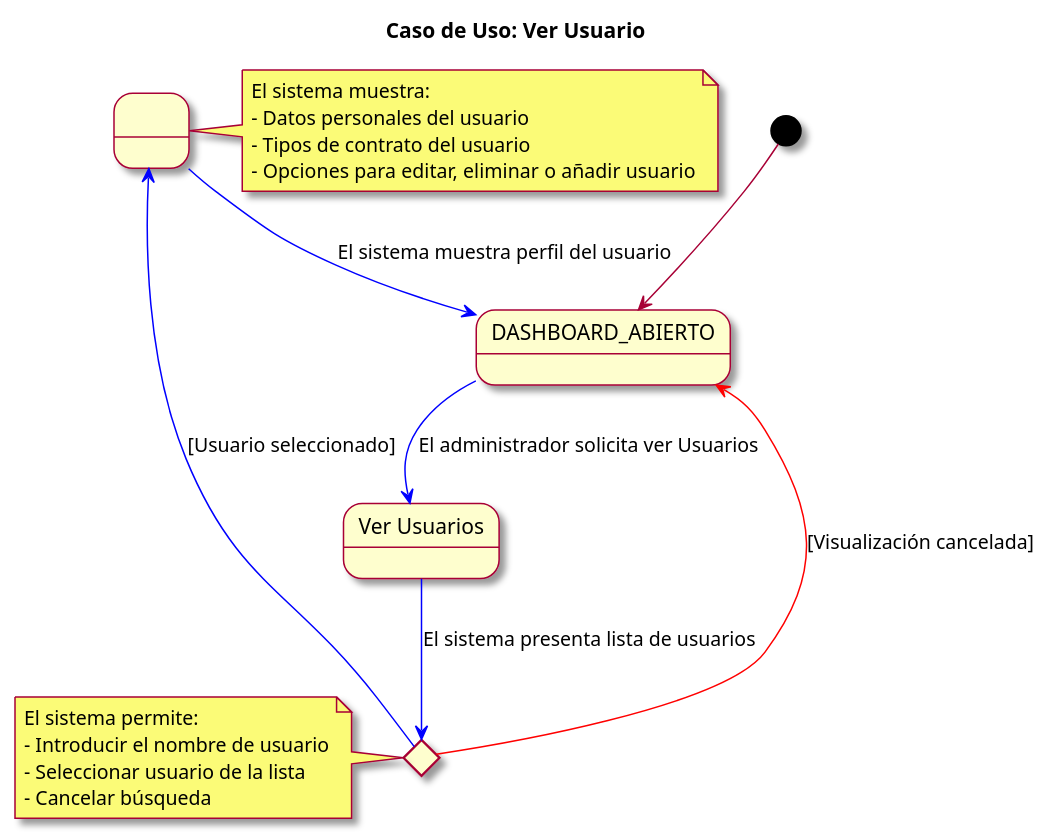
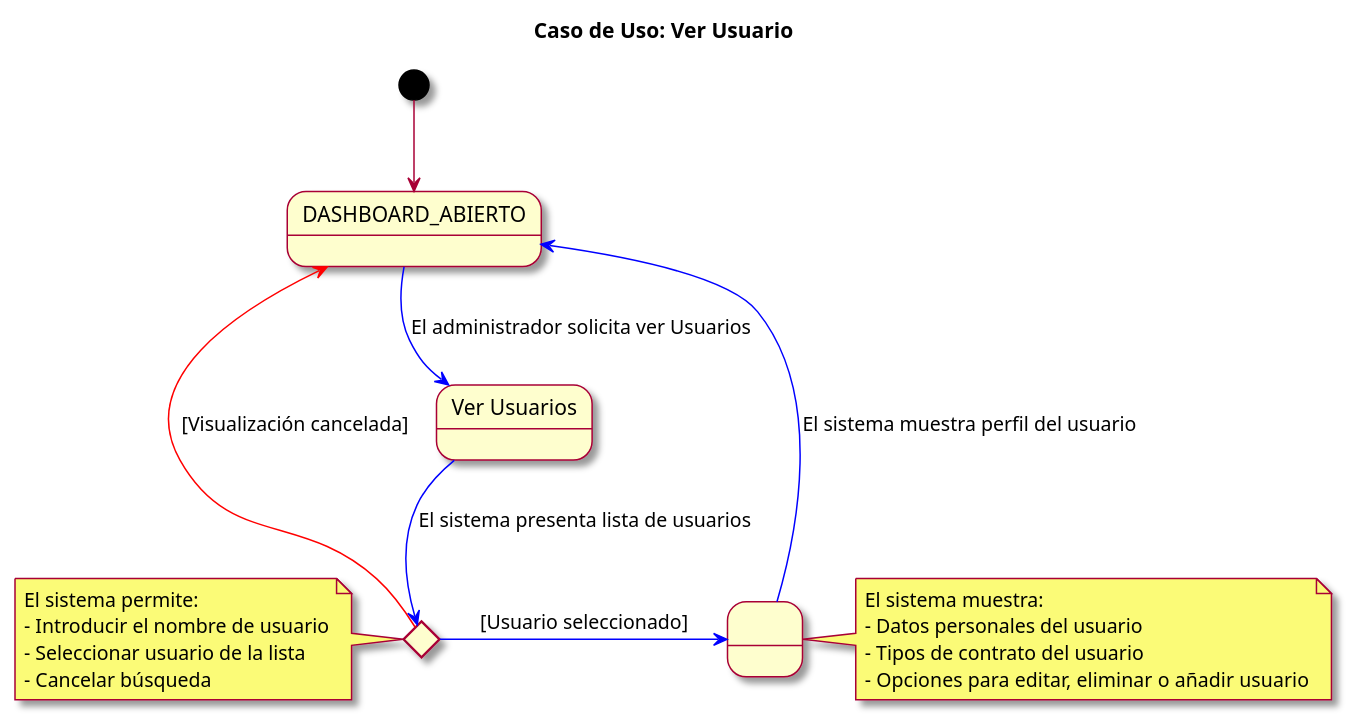
One commit to mmasias/23-24-IdSw1-SDR changed the diagram in modelosUML/casosDeUso/detalles/verUsuario.puml. Above: the diagram before and after it, drawn with PlantUML.

Commit message:
modificado caso de uso verUsuario

```diff
--- a/modelosUML/casosDeUso/detalles/verUsuario.puml
+++ b/modelosUML/casosDeUso/detalles/verUsuario.puml
@@ -1,34 +1,34 @@
 @startuml
 skin rose
 title Caso de Uso: Ver Usuario
 
 state DASHBOARD_ABIERTO as "DASHBOARD_ABIERTO"
 state LeerUsuarios as "Ver Usuarios"
 state SeleccionarUsuario <<choice>>
 state VisualizarPerfil as " "
 
 
-[*] --> DASHBOARD_ABIERTO
-DASHBOARD_ABIERTO -[#blue]-> LeerUsuarios : El administrador solicita ver Usuarios
-LeerUsuarios -[#blue]-> SeleccionarUsuario : El sistema presenta lista de usuarios
-SeleccionarUsuario -[#blue]-> VisualizarPerfil : [Usuario seleccionado]
-VisualizarPerfil -[#blue]-> DASHBOARD_ABIERTO : El sistema muestra perfil del usuario
-SeleccionarUsuario -[#red]-> DASHBOARD_ABIERTO : [Visualización cancelada]
+[*] -d-> DASHBOARD_ABIERTO
+DASHBOARD_ABIERTO -d[#blue]-> LeerUsuarios : El administrador solicita ver Usuarios
+LeerUsuarios -d[#blue]-> SeleccionarUsuario : El sistema presenta lista de usuarios
+SeleccionarUsuario -r[#blue]-> VisualizarPerfil : [Usuario seleccionado]
+VisualizarPerfil -d[#blue]-> DASHBOARD_ABIERTO : El sistema muestra perfil del usuario
+SeleccionarUsuario -l[#red]-> DASHBOARD_ABIERTO : [Visualización cancelada]
 
 note right of VisualizarPerfil
   El sistema muestra:
   - Datos personales del usuario
   - Tipos de contrato del usuario
   - Opciones para editar, eliminar o añadir usuario
 end note
 
 note left of SeleccionarUsuario
   El sistema permite:
   - Introducir el nombre de usuario
   - Seleccionar usuario de la lista
   - Cancelar búsqueda
 end note
 
 
 
 @enduml
```
